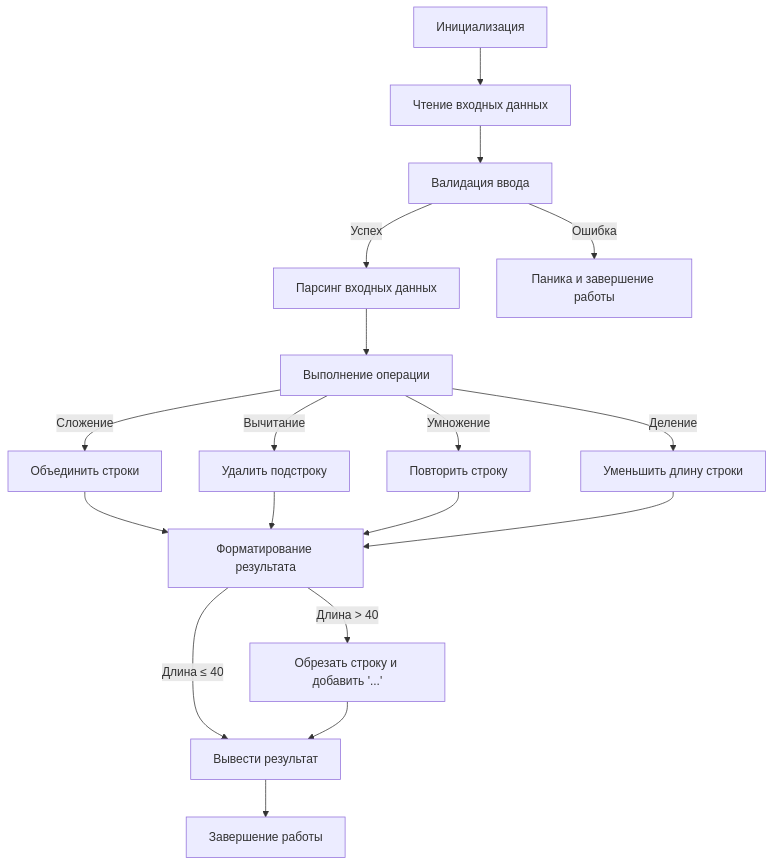
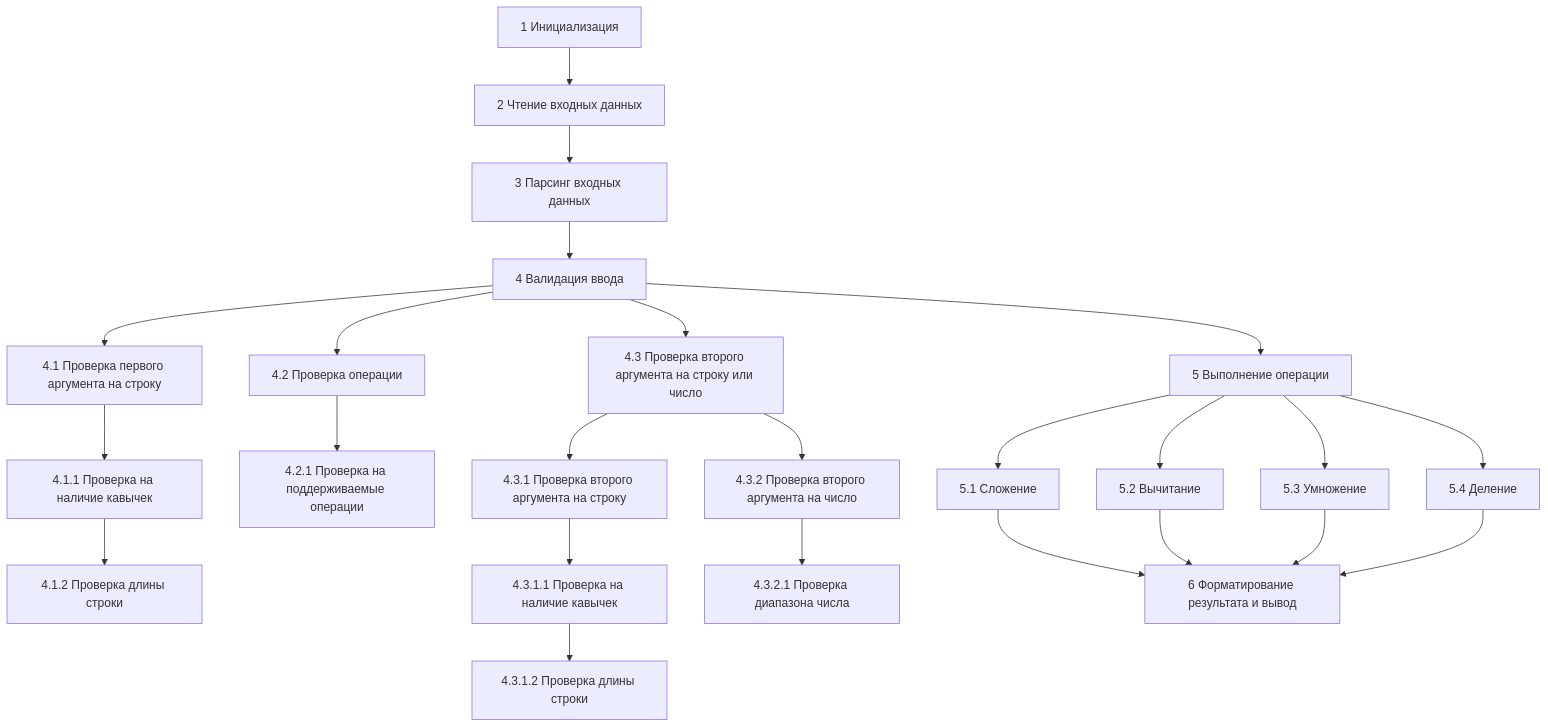
Before and after one commit to gorchak0/kata_academy_testtask2_v1: the diagram in README.md, drawn with Mermaid. The commit also changed other lines of this file, not shown here.

````diff
--- a/README.md
+++ b/README.md
@@ -30,22 +30,37 @@
 ```mermaid
 graph TD
-    A[Инициализация] --> B[Чтение входных данных]
-    B --> C[Валидация ввода]
-    C -->|Успех| D[Парсинг входных данных]
-    C -->|Ошибка| E[Паника и завершение работы]
-    D --> F[Выполнение операции]
-    F -->|Сложение| G[Объединить строки]
-    F -->|Вычитание| H[Удалить подстроку]
-    F -->|Умножение| I[Повторить строку]
-    F -->|Деление| J[Уменьшить длину строки]
-    G --> K[Форматирование результата]
-    H --> K
-    I --> K
-    J --> K
-    K -->|Длина > 40| L[Обрезать строку и добавить '...']
-    K -->|Длина ≤ 40| M[Вывести результат]
-    L --> M
-    M --> N[Завершение работы]
+    A1[1 Инициализация] --> A2[2 Чтение входных данных]
+    A2 --> A3[3 Парсинг входных данных]
+    A3 --> A4[4 Валидация ввода]
+    A4 --> A5[4.1 Проверка первого аргумента на строку]
+    A4 --> A6[4.2 Проверка операции]
+    A4 --> A7[4.3 Проверка второго аргумента на строку или число]
+    
+    A5 --> A8[4.1.1 Проверка на наличие кавычек]
+    A8 --> A9[4.1.2 Проверка длины строки]
+    
+    A6 --> A10[4.2.1 Проверка на поддерживаемые операции]
+    
+    A7 --> A11[4.3.1 Проверка второго аргумента на строку]
+    A7 --> A12[4.3.2 Проверка второго аргумента на число]
+    
+    A11 --> A13[4.3.1.1 Проверка на наличие кавычек]
+    A13 --> A14[4.3.1.2 Проверка длины строки]
+    
+    A12 --> A15[4.3.2.1 Проверка диапазона числа]
+    
+    A4 --> A16[5 Выполнение операции]
+    
+    A16 --> A17[5.1 Сложение]
+    A16 --> A18[5.2 Вычитание]
+    A16 --> A19[5.3 Умножение]
+    A16 --> A20[5.4 Деление]
+    
+    A17 --> A21[6 Форматирование результата и вывод]
+    A18 --> A21
+    A19 --> A21
+    A20 --> A21
+
 
 
 ```
````
